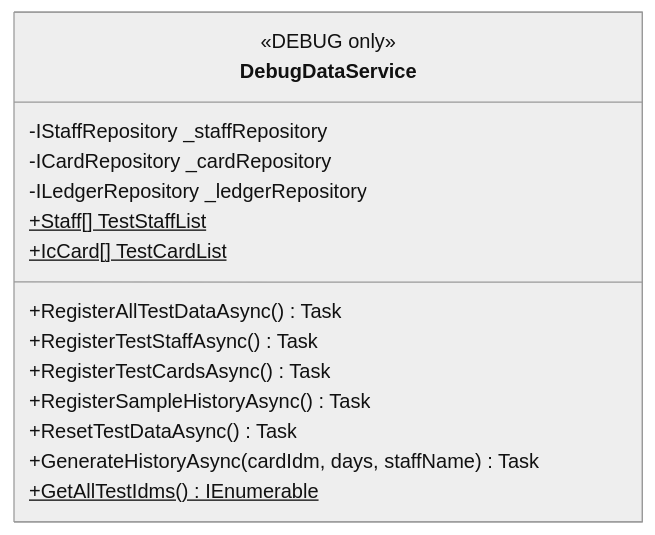
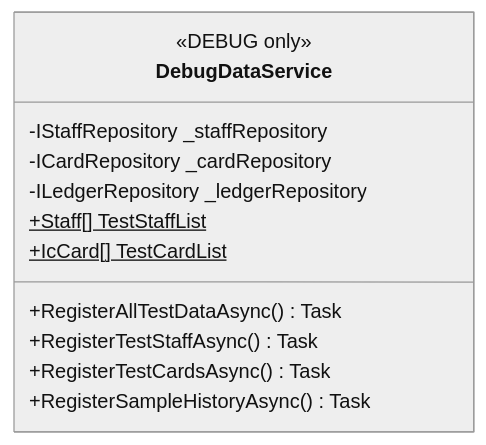
Diagram 16 of 21 in ICCardManager/docs/design/05_クラス設計書.md (kuwayamamasayuki/ICCardManager), drawn with Mermaid (neutral theme) before and after one commit. The commit also changed 6 other files, not shown here.

````diff
--- a/ICCardManager/docs/design/05_クラス設計書.md
+++ b/ICCardManager/docs/design/05_クラス設計書.md
@@ -640,18 +640,15 @@
 ```mermaid
 classDiagram
     class DebugDataService {
         <<DEBUG only>>
         -IStaffRepository _staffRepository
         -ICardRepository _cardRepository
         -ILedgerRepository _ledgerRepository
         +Staff[] TestStaffList$
         +IcCard[] TestCardList$
         +RegisterAllTestDataAsync() Task
         +RegisterTestStaffAsync() Task
         +RegisterTestCardsAsync() Task
         +RegisterSampleHistoryAsync() Task
-        +ResetTestDataAsync() Task
-        +GenerateHistoryAsync(cardIdm, days, staffName) Task
-        +GetAllTestIdms()$ IEnumerable
     }
 ```
````
